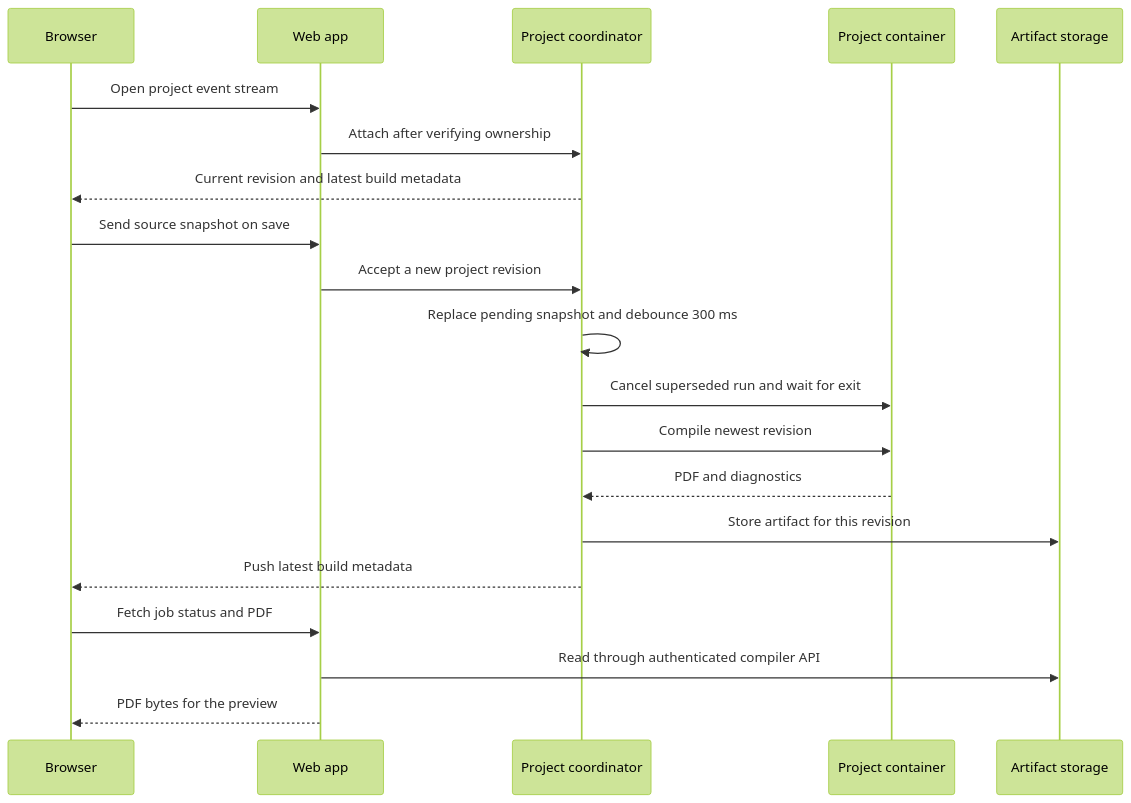
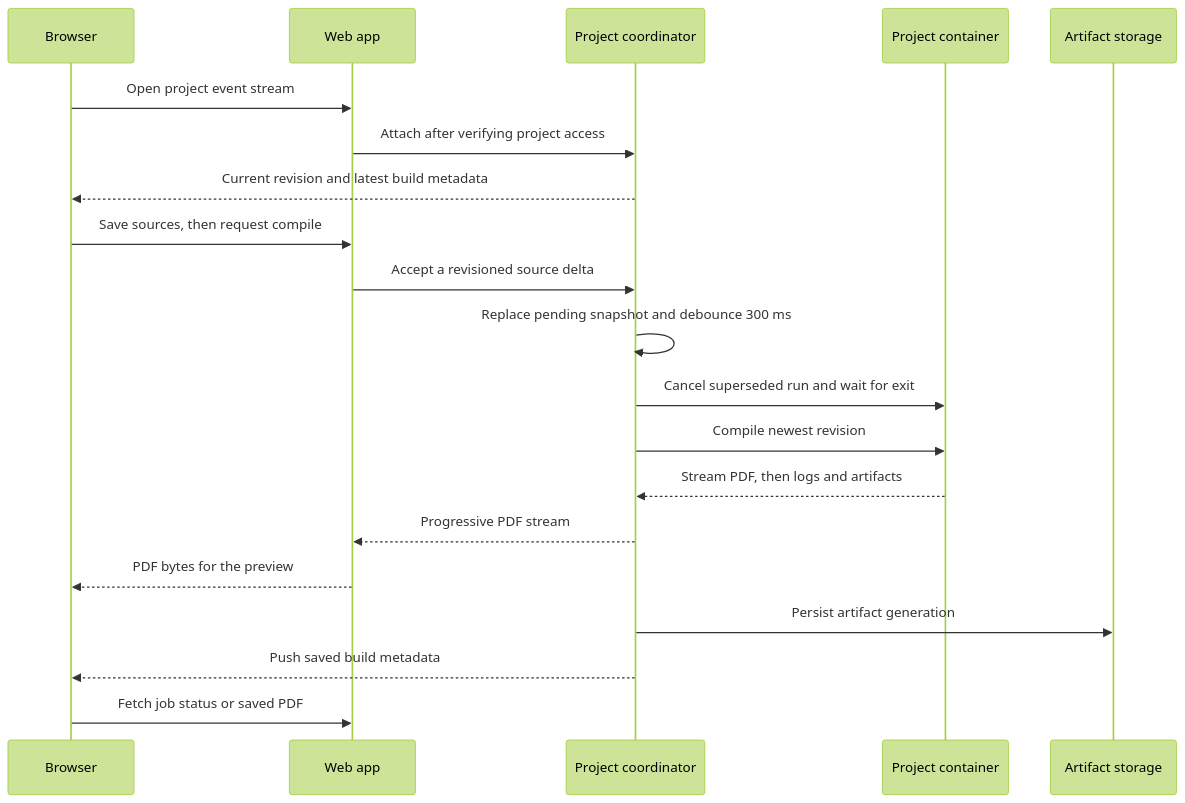
The second of 2 diagrams in README.md (texfolia/texfolia), drawn with Mermaid (forest theme) before and after one commit. The commit also changed other lines of this file and 27 other files, not shown here.

````diff
--- a/README.md
+++ b/README.md
@@ -123,23 +129,23 @@
 ```mermaid
 sequenceDiagram
     participant B as Browser
     participant W as Web app
     participant P as Project coordinator
     participant T as Project container
     participant R as Artifact storage
 
     B->>W: Open project event stream
-    W->>P: Attach after verifying ownership
+    W->>P: Attach after verifying project access
     P-->>B: Current revision and latest build metadata
-    B->>W: Send source snapshot on save
-    W->>P: Accept a new project revision
+    B->>W: Save sources, then request compile
+    W->>P: Accept a revisioned source delta
     P->>P: Replace pending snapshot and debounce 300 ms
     P->>T: Cancel superseded run and wait for exit
     P->>T: Compile newest revision
-    T-->>P: PDF and diagnostics
-    P->>R: Store artifact for this revision
-    P-->>B: Push latest build metadata
-    B->>W: Fetch job status and PDF
-    W->>R: Read through authenticated compiler API
+    T-->>P: Stream PDF, then logs and artifacts
+    P-->>W: Progressive PDF stream
     W-->>B: PDF bytes for the preview
+    P->>R: Persist artifact generation
+    P-->>B: Push saved build metadata
+    B->>W: Fetch job status or saved PDF
 ```
````
